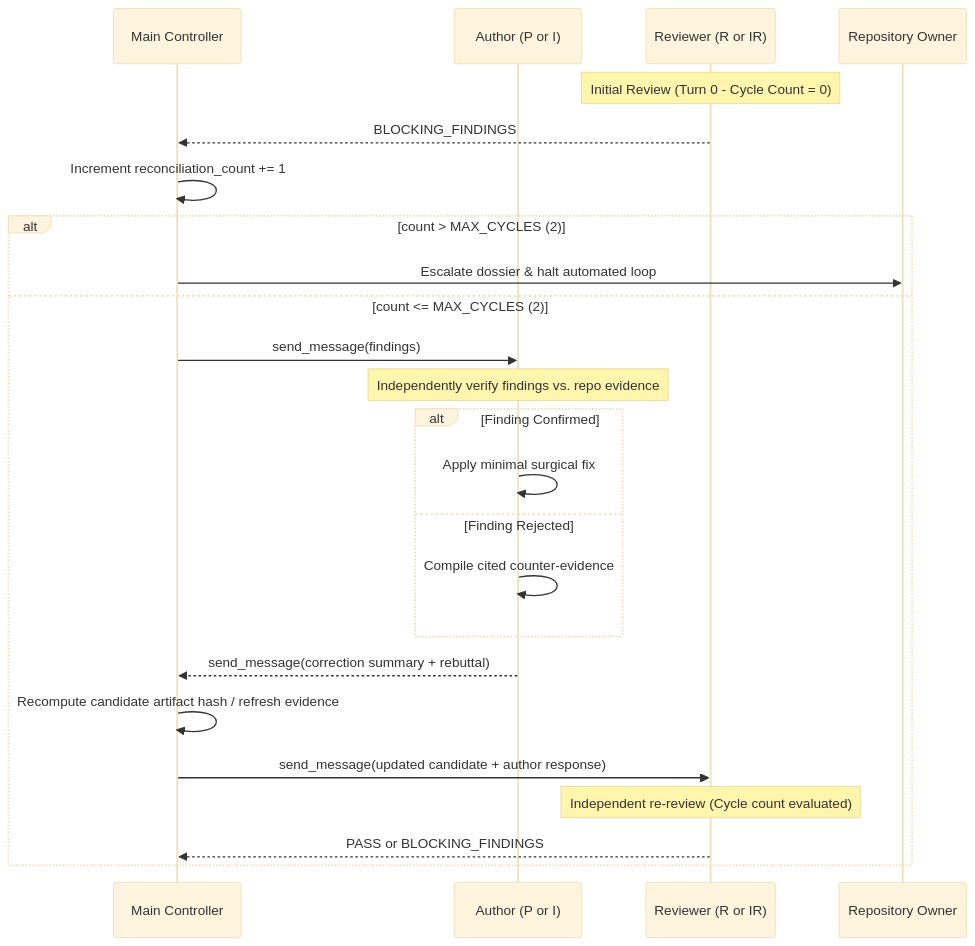
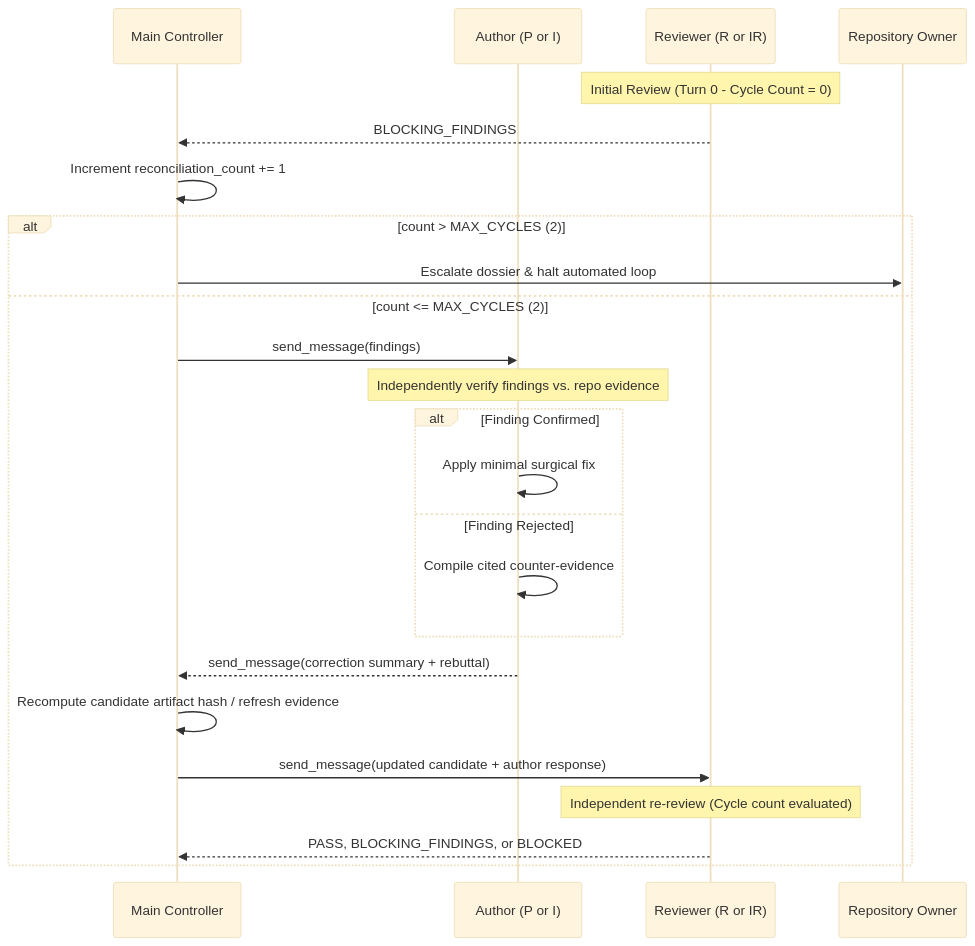
The diagram in .agents/skills/managed-agent-workflow/references/reconciliation-protocol.md (khangnhoang/cobbleverse-hell-mode-modernized), drawn with Mermaid (base theme) before and after one commit. The commit also changed other lines of this file and 13 other files, not shown here.

Commit message:
feat(architecture): apply subtraction-first correction to agent workflow skills

````diff
--- a/.agents/skills/managed-agent-workflow/references/reconciliation-protocol.md
+++ b/.agents/skills/managed-agent-workflow/references/reconciliation-protocol.md
@@ -16,27 +16,27 @@
 ```mermaid
 sequenceDiagram
     participant Main as Main Controller
     participant Author as Author (P or I)
     participant Reviewer as Reviewer (R or IR)
     participant Owner as Repository Owner
 
     Note over Reviewer: Initial Review (Turn 0 - Cycle Count = 0)
     Reviewer-->>Main: BLOCKING_FINDINGS
     Main->>Main: Increment reconciliation_count += 1
     alt count > MAX_CYCLES (2)
         Main->>Owner: Escalate dossier & halt automated loop
     else count <= MAX_CYCLES (2)
         Main->>Author: send_message(findings)
         Note over Author: Independently verify findings vs. repo evidence
         alt Finding Confirmed
             Author->>Author: Apply minimal surgical fix
         else Finding Rejected
             Author->>Author: Compile cited counter-evidence
         end
         Author-->>Main: send_message(correction summary + rebuttal)
         Main->>Main: Recompute candidate artifact hash / refresh evidence
         Main->>Reviewer: send_message(updated candidate + author response)
         Note over Reviewer: Independent re-review (Cycle count evaluated)
-        Reviewer-->>Main: PASS or BLOCKING_FINDINGS
+        Reviewer-->>Main: PASS, BLOCKING_FINDINGS, or BLOCKED
     end
 ```
````
